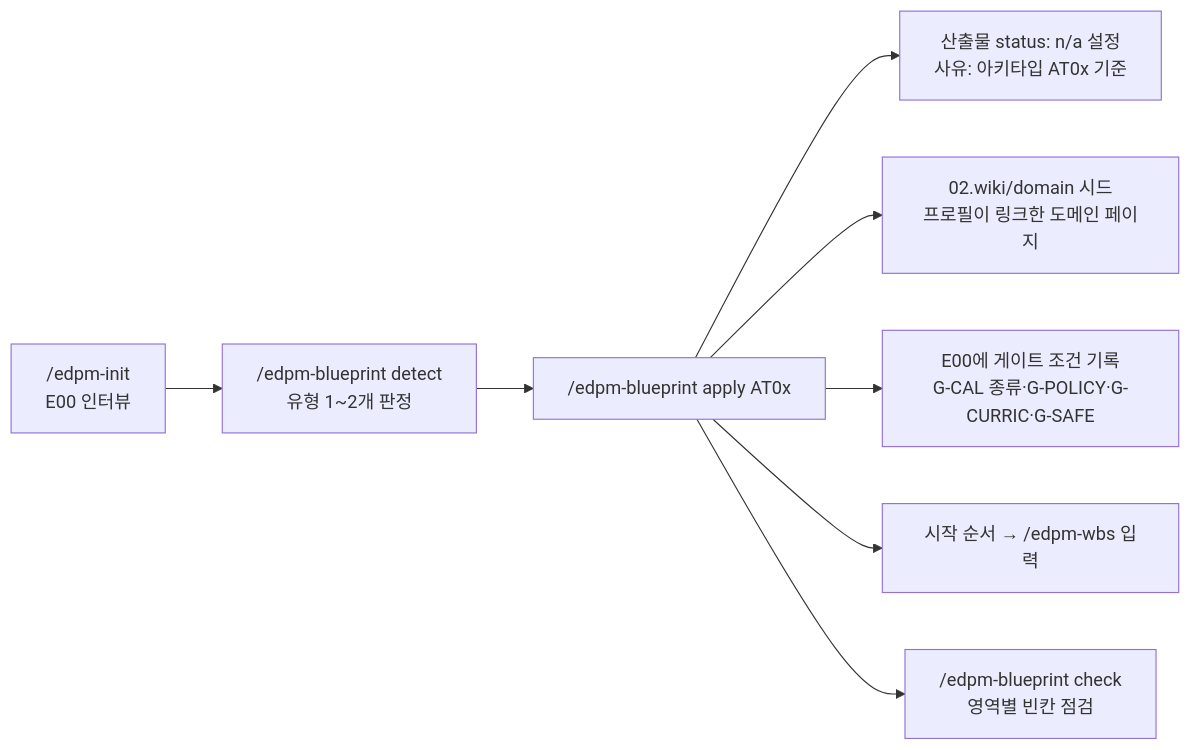
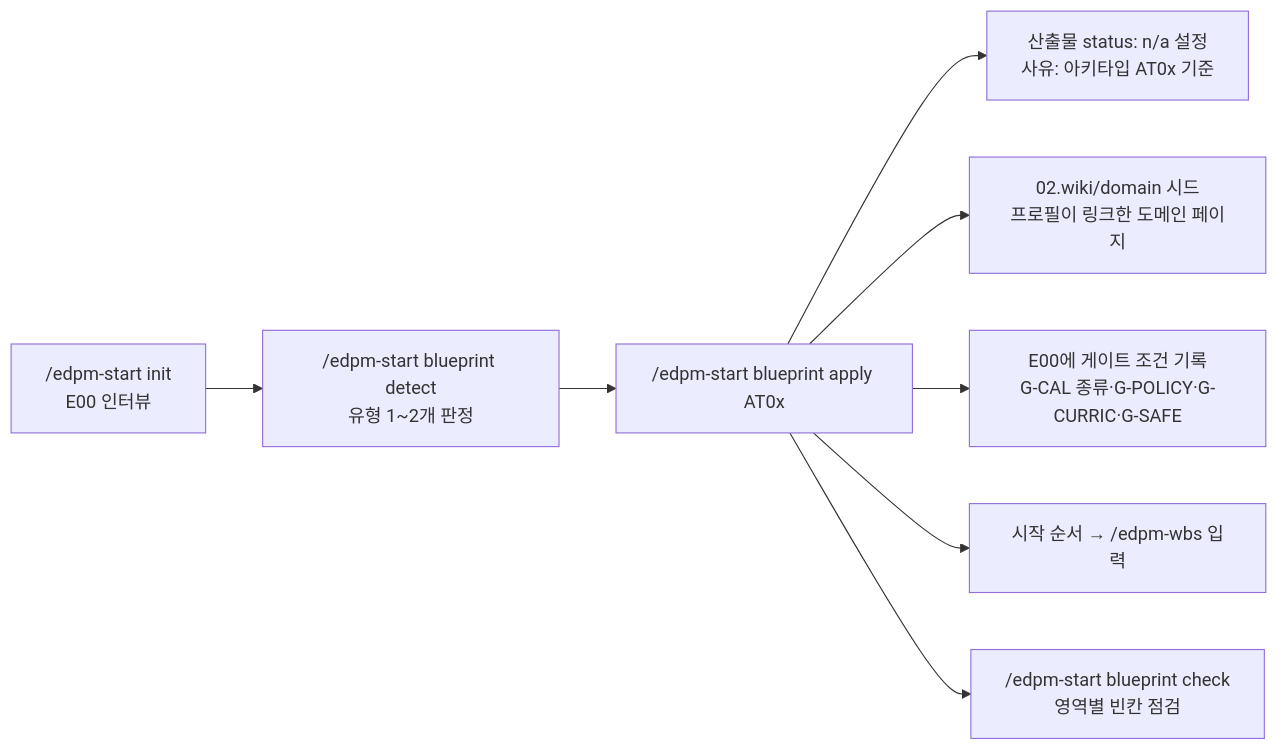
Before and after one commit to rey-hailey/agent-driven-edpm: the second of 2 diagrams in archetypes/README.md, drawn with Mermaid. The commit also changed other lines of this file and 253 other files, not shown here.

````diff
--- a/archetypes/README.md
+++ b/archetypes/README.md
@@ -125,10 +125,10 @@
 ```mermaid
 graph LR
-    INIT["/edpm-init<br/>E00 인터뷰"] --> DET["/edpm-blueprint detect<br/>유형 1~2개 판정"]
-    DET --> APP["/edpm-blueprint apply AT0x"]
+    INIT["/edpm-start init<br/>E00 인터뷰"] --> DET["/edpm-start blueprint detect<br/>유형 1~2개 판정"]
+    DET --> APP["/edpm-start blueprint apply AT0x"]
     APP --> NA[산출물 status: n/a 설정<br/>사유: 아키타입 AT0x 기준]
     APP --> SEED[02.wiki/domain 시드<br/>프로필이 링크한 도메인 페이지]
     APP --> GATE[E00에 게이트 조건 기록<br/>G-CAL 종류·G-POLICY·G-CURRIC·G-SAFE]
     APP --> WBS["시작 순서 → /edpm-wbs 입력"]
-    APP --> CHK["/edpm-blueprint check<br/>영역별 빈칸 점검"]
+    APP --> CHK["/edpm-start blueprint check<br/>영역별 빈칸 점검"]
 ```
````
